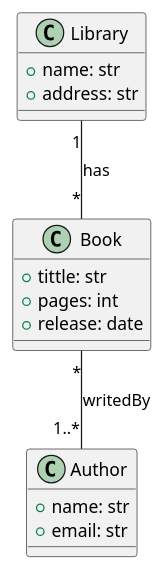
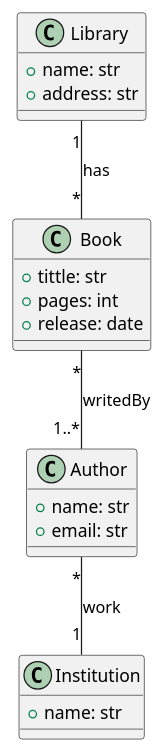
Before and after one commit to BESSER-PEARL/ModelObsolescence: the diagram in basic_example/target_model.plantuml, drawn with PlantUML. The commit also changed 2 other files, not shown here.

```diff
--- a/basic_example/target_model.plantuml
+++ b/basic_example/target_model.plantuml
@@ -1,23 +1,28 @@
 @startuml
 skinparam groupInheritance 2
 
 class Library {
 + name: str
 + address: str
 }
 
 class Book{
 + tittle: str
 + pages: int
 + release: date
 }
 
 class Author {
 + name: str
 + email: str 
 }
 
+class Institution {
++ name: str
+}
+
 Book "*" -- "1..*" Author: writedBy
 Library "1" -- "*" Book: has
+Author "*" -- "1" Institution: work
 
 @enduml
```
